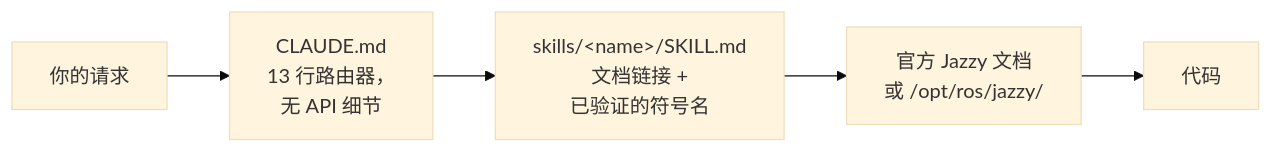
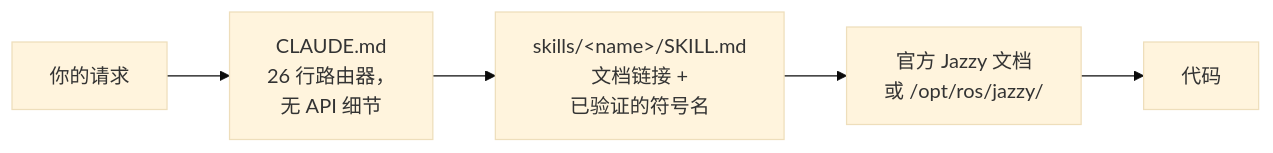
Before and after one commit to Leehyunbin0131/claude-ros2-skills: the diagram in README.zh.md, drawn with Mermaid (base theme). The commit also changed other lines of this file and 11 other files, not shown here.

````diff
--- a/README.zh.md
+++ b/README.zh.md
@@ -145,7 +145,7 @@
 ```mermaid
 flowchart LR
-    A["你的请求"] --> B["CLAUDE.md<br/>13 行路由器，<br/>无 API 细节"]
+    A["你的请求"] --> B["CLAUDE.md<br/>26 行路由器，<br/>无 API 细节"]
     B --> C["skills/&lt;name&gt;/SKILL.md<br/>文档链接 +<br/>已验证的符号名"]
     C --> D["官方 Jazzy 文档<br/>或 /opt/ros/jazzy/"]
     D --> E["代码"]
 ```
````
